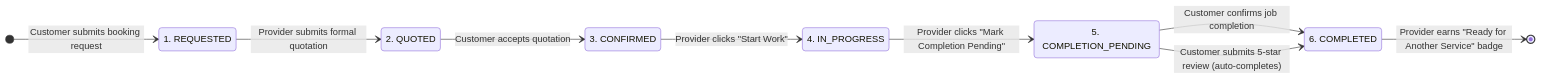
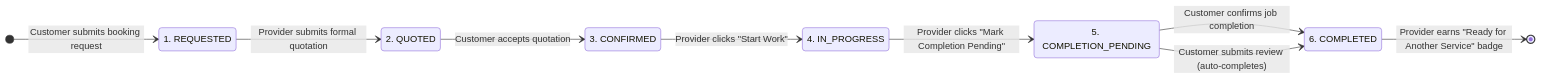
The second of 2 diagrams in README.md (petersisay/lehulu), drawn with Mermaid before and after one commit. The commit also changed other lines of this file, not shown here.

Commit message:
docs: upgrade README.md with pure JavaScript MERN architecture and live verification

````diff
--- a/README.md
+++ b/README.md
@@ -67,19 +87,19 @@
 ```mermaid
 stateDiagram-v2
     direction LR
     Step1: 1. REQUESTED
     Step2: 2. QUOTED
     Step3: 3. CONFIRMED
     Step4: 4. IN_PROGRESS
     Step5: 5. COMPLETION_PENDING
     Step6: 6. COMPLETED
 
     [*] --> Step1: Customer submits booking request
     Step1 --> Step2: Provider submits formal quotation
     Step2 --> Step3: Customer accepts quotation
     Step3 --> Step4: Provider clicks "Start Work"
     Step4 --> Step5: Provider clicks "Mark Completion Pending"
     Step5 --> Step6: Customer confirms job completion
-    Step5 --> Step6: Customer submits 5-star review (auto-completes)
+    Step5 --> Step6: Customer submits review (auto-completes)
     Step6 --> [*]: Provider earns "Ready for Another Service" badge
 ```
````
